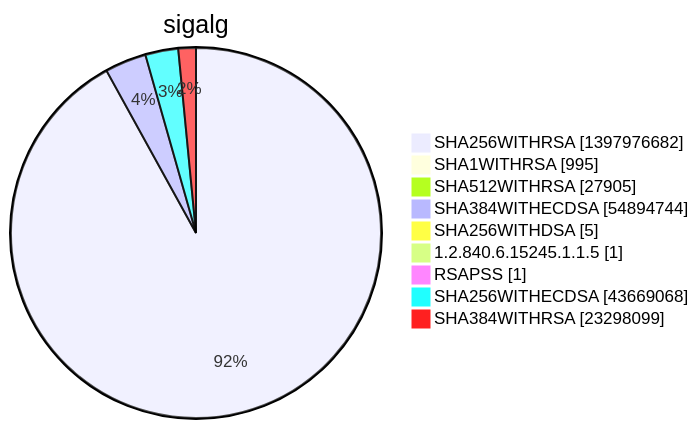
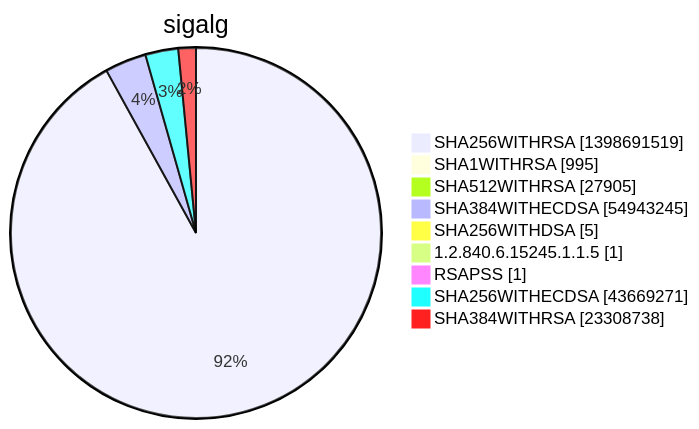
Diagram 15 of 15 in xenon2022/README.md (christiankrug/ctmonitor_visualization), drawn with Mermaid before and after one commit. The commit also changed other lines of this file, not shown here.

````diff
--- a/xenon2022/README.md
+++ b/xenon2022/README.md
@@ -5855,13 +5855,13 @@
 ```mermaid
 pie showData
 title sigalg
-"SHA256WITHRSA" :1397976682
+"SHA256WITHRSA" :1398691519
 "SHA1WITHRSA" :995
 "SHA512WITHRSA" :27905
-"SHA384WITHECDSA" :54894744
+"SHA384WITHECDSA" :54943245
 "SHA256WITHDSA" :5
 "1.2.840.6.15245.1.1.5" :1
 "RSAPSS" :1
-"SHA256WITHECDSA" :43669068
-"SHA384WITHRSA" :23298099
+"SHA256WITHECDSA" :43669271
+"SHA384WITHRSA" :23308738
 ```
````
